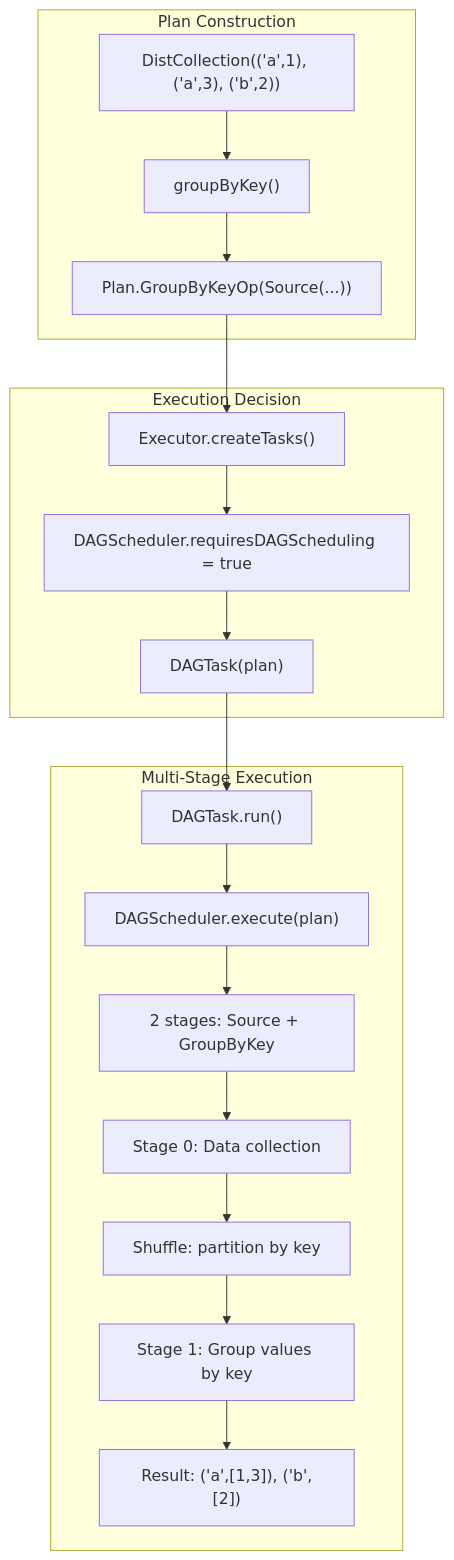
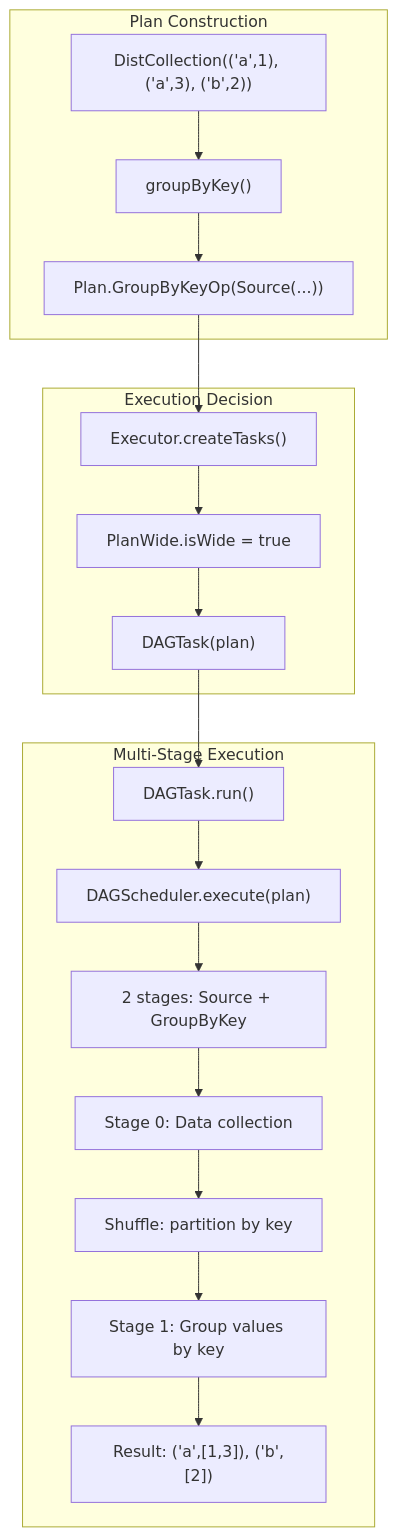
One commit to ewoodbury/scarlet changed the eighth of 9 diagrams in docs/DAGScheduler.md. Above: the diagram before and after it, drawn with Mermaid. The commit also changed other lines of this file and 13 other files, not shown here.

````diff
--- a/docs/DAGScheduler.md
+++ b/docs/DAGScheduler.md
@@ -274,23 +274,23 @@
 ```mermaid
 graph TB
     subgraph "Plan Construction"
         A["DistCollection(('a',1), ('a',3), ('b',2))"] --> B["groupByKey()"]
         B --> C["Plan.GroupByKeyOp(Source(...))"]
     end
     
     subgraph "Execution Decision"
         C --> D["Executor.createTasks()"]
-        D --> E["DAGScheduler.requiresDAGScheduling = true"]
+        D --> E["PlanWide.isWide = true"]
         E --> F["DAGTask(plan)"]
     end
     
     subgraph "Multi-Stage Execution"
         F --> G["DAGTask.run()"]
         G --> H["DAGScheduler.execute(plan)"]
         H --> I["2 stages: Source + GroupByKey"]
         I --> J["Stage 0: Data collection"]
         J --> K["Shuffle: partition by key"]
         K --> L["Stage 1: Group values by key"]
         L --> M["Result: ('a',[1,3]), ('b',[2])"]
     end
 ```
````
